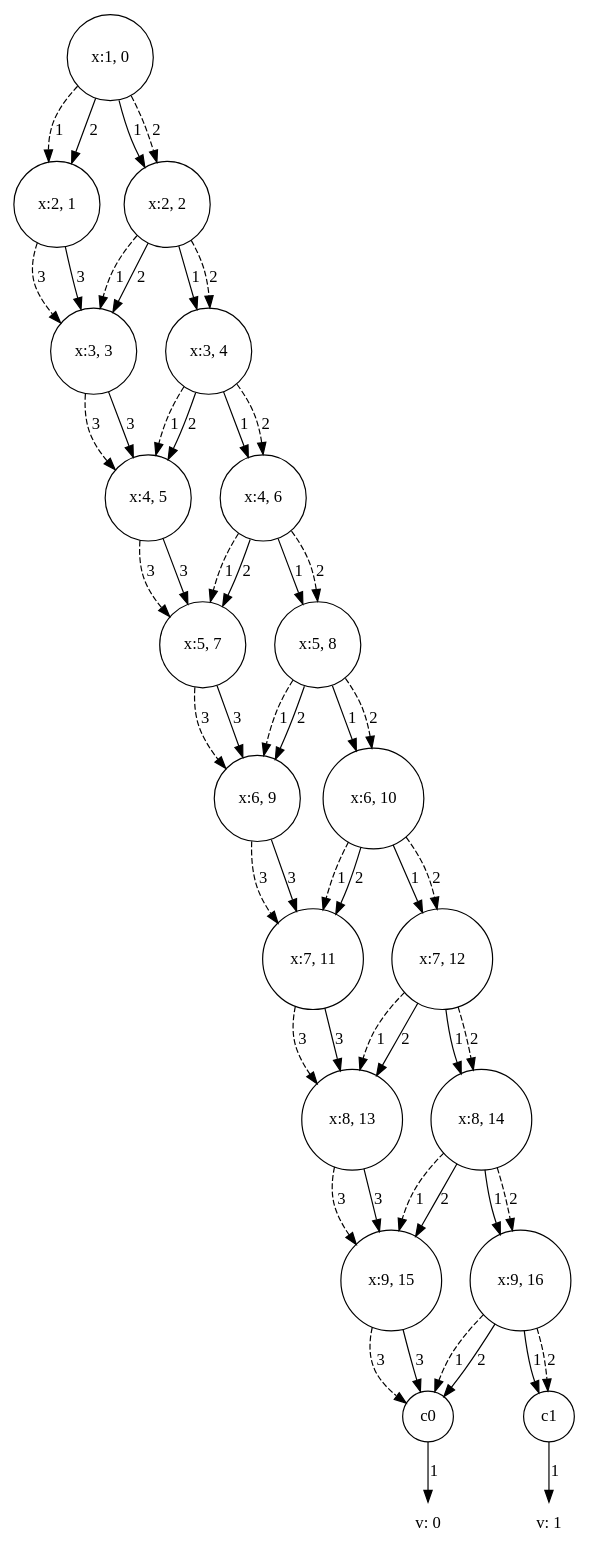
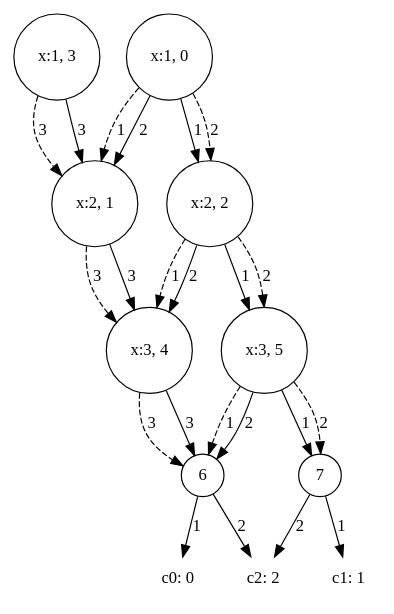
The diagram in aut.gv (fmlab-iis/AutoQ), drawn with Graphviz before and after one commit. The commit also changed 6 other files, not shown here.

```diff
--- a/aut.gv
+++ b/aut.gv
@@ -1,62 +1,32 @@
 digraph Automaton {
   rankdir=TD;
   node [shape=circle];
 
 
 "x:1, 0" -> "x:2, 1"[label = "1",style=dashed]
 "x:1, 0" -> "x:2, 2"[label = "1"]
 "x:1, 0" -> "x:2, 2"[label = "2",style=dashed]
 "x:1, 0" -> "x:2, 1"[label = "2"]
-"x:2, 2" -> "x:3, 3"[label = "1",style=dashed]
-"x:2, 2" -> "x:3, 4"[label = "1"]
-"x:2, 2" -> "x:3, 4"[label = "2",style=dashed]
-"x:2, 2" -> "x:3, 3"[label = "2"]
-"x:2, 1" -> "x:3, 3"[label = "3",style=dashed]
-"x:2, 1" -> "x:3, 3"[label = "3"]
-"x:3, 4" -> "x:4, 5"[label = "1",style=dashed]
-"x:3, 4" -> "x:4, 6"[label = "1"]
-"x:3, 4" -> "x:4, 6"[label = "2",style=dashed]
-"x:3, 4" -> "x:4, 5"[label = "2"]
-"x:3, 3" -> "x:4, 5"[label = "3",style=dashed]
-"x:3, 3" -> "x:4, 5"[label = "3"]
-"x:4, 6" -> "x:5, 7"[label = "1",style=dashed]
-"x:4, 6" -> "x:5, 8"[label = "1"]
-"x:4, 6" -> "x:5, 8"[label = "2",style=dashed]
-"x:4, 6" -> "x:5, 7"[label = "2"]
-"x:4, 5" -> "x:5, 7"[label = "3",style=dashed]
-"x:4, 5" -> "x:5, 7"[label = "3"]
-"x:5, 8" -> "x:6, 9"[label = "1",style=dashed]
-"x:5, 8" -> "x:6, 10"[label = "1"]
-"x:5, 8" -> "x:6, 10"[label = "2",style=dashed]
-"x:5, 8" -> "x:6, 9"[label = "2"]
-"x:5, 7" -> "x:6, 9"[label = "3",style=dashed]
-"x:5, 7" -> "x:6, 9"[label = "3"]
-"x:6, 10" -> "x:7, 11"[label = "1",style=dashed]
-"x:6, 10" -> "x:7, 12"[label = "1"]
-"x:6, 10" -> "x:7, 12"[label = "2",style=dashed]
-"x:6, 10" -> "x:7, 11"[label = "2"]
-"x:6, 9" -> "x:7, 11"[label = "3",style=dashed]
-"x:6, 9" -> "x:7, 11"[label = "3"]
-"x:7, 12" -> "x:8, 13"[label = "1",style=dashed]
-"x:7, 12" -> "x:8, 14"[label = "1"]
-"x:7, 12" -> "x:8, 14"[label = "2",style=dashed]
-"x:7, 12" -> "x:8, 13"[label = "2"]
-"x:7, 11" -> "x:8, 13"[label = "3",style=dashed]
-"x:7, 11" -> "x:8, 13"[label = "3"]
-"x:8, 14" -> "x:9, 15"[label = "1",style=dashed]
-"x:8, 14" -> "x:9, 16"[label = "1"]
-"x:8, 14" -> "x:9, 16"[label = "2",style=dashed]
-"x:8, 14" -> "x:9, 15"[label = "2"]
-"x:8, 13" -> "x:9, 15"[label = "3",style=dashed]
-"x:8, 13" -> "x:9, 15"[label = "3"]
-"x:9, 16" -> "c0"[label = "1",style=dashed]
-"x:9, 16" -> "c1"[label = "1"]
-"x:9, 16" -> "c1"[label = "2",style=dashed]
-"x:9, 16" -> "c0"[label = "2"]
-"x:9, 15" -> "c0"[label = "3",style=dashed]
-"x:9, 15" -> "c0"[label = "3"]
-"v: 0"[shape=plaintext]
-"c0" -> "v: 0"[label = "1"]
-"v: 1"[shape=plaintext]
-"c1" -> "v: 1"[label = "1"]
+"x:1, 3" -> "x:2, 1"[label = "3",style=dashed]
+"x:1, 3" -> "x:2, 1"[label = "3"]
+"x:2, 2" -> "x:3, 4"[label = "1",style=dashed]
+"x:2, 2" -> "x:3, 5"[label = "1"]
+"x:2, 2" -> "x:3, 5"[label = "2",style=dashed]
+"x:2, 2" -> "x:3, 4"[label = "2"]
+"x:2, 1" -> "x:3, 4"[label = "3",style=dashed]
+"x:2, 1" -> "x:3, 4"[label = "3"]
+"x:3, 5" -> "6"[label = "1",style=dashed]
+"x:3, 5" -> "7"[label = "1"]
+"x:3, 5" -> "7"[label = "2",style=dashed]
+"x:3, 5" -> "6"[label = "2"]
+"x:3, 4" -> "6"[label = "3",style=dashed]
+"x:3, 4" -> "6"[label = "3"]
+"c0: 0"[shape=plaintext]
+"6" -> "c0: 0"[label = "1"]
+"c1: 1"[shape=plaintext]
+"7" -> "c1: 1"[label = "1"]
+"c2: 2"[shape=plaintext]
+"6" -> "c2: 2"[label = "2"]
+"c2: 2"[shape=plaintext]
+"7" -> "c2: 2"[label = "2"]
 }
```
